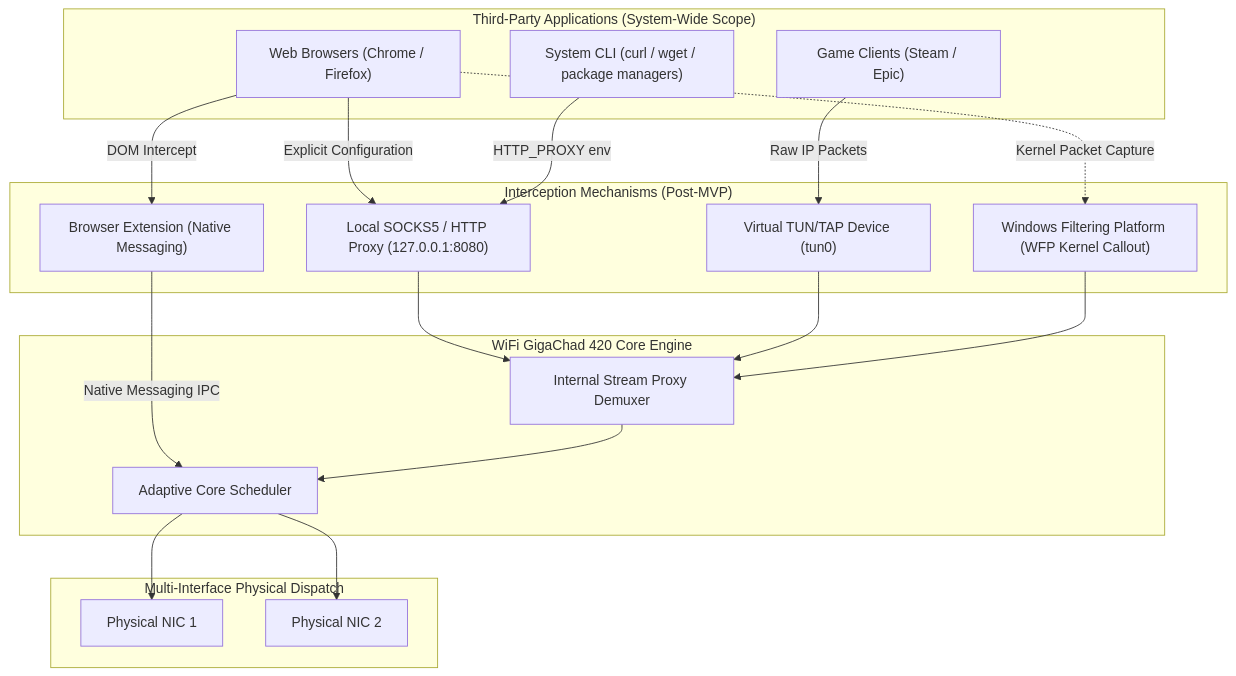
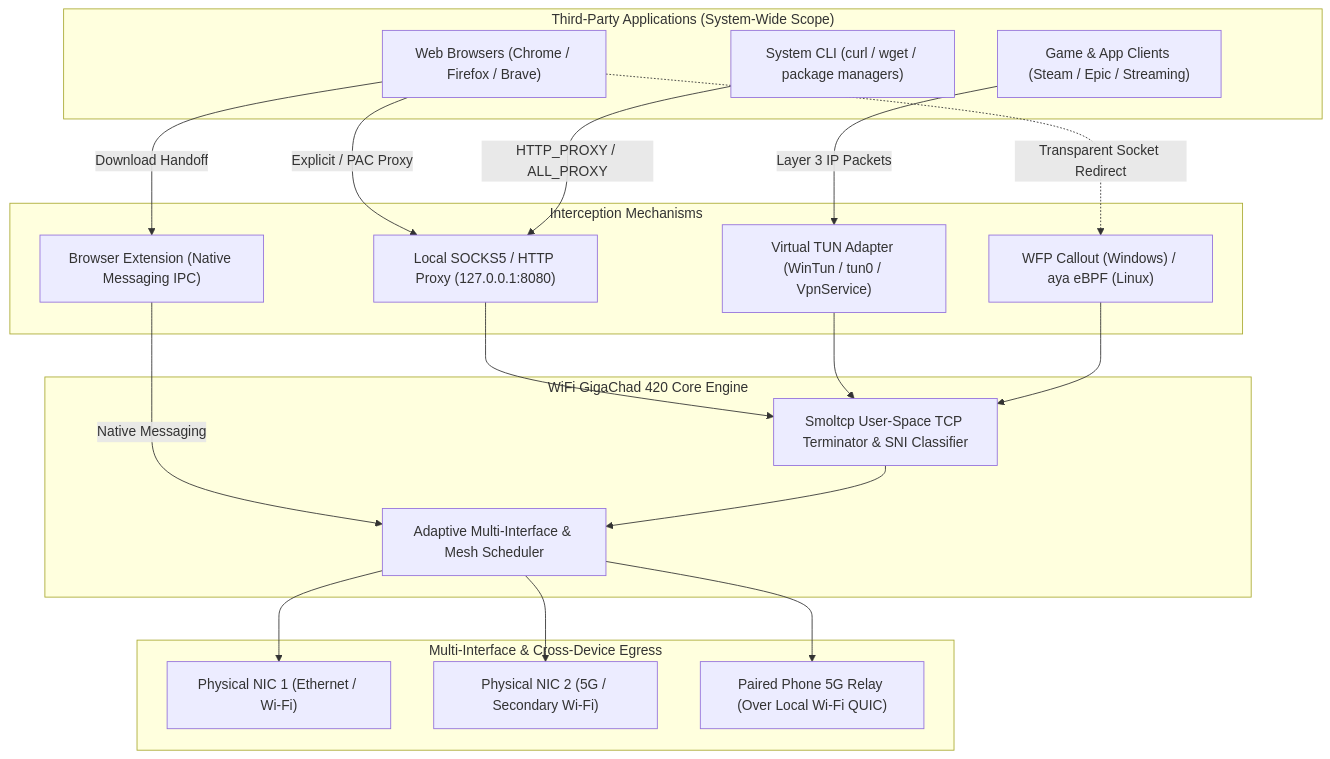
One commit to cubicreates/WifiGigaChad420 changed the eighth of 14 diagrams in Docs/WiFi_GigaChad_420_Plan.md. Above: the diagram before and after it, drawn with Mermaid. The commit also changed other lines of this file and 4 other files, not shown here.

````diff
--- a/Docs/WiFi_GigaChad_420_Plan.md
+++ b/Docs/WiFi_GigaChad_420_Plan.md
@@ -503,40 +551,42 @@
 ```mermaid
-graph TD
+flowchart TD
     subgraph ThirdPartyApps ["Third-Party Applications (System-Wide Scope)"]
-        Browser["Web Browsers (Chrome / Firefox)"]
-        GameLauncher["Game Clients (Steam / Epic)"]
+        Browser["Web Browsers (Chrome / Firefox / Brave)"]
+        GameLauncher["Game & App Clients (Steam / Epic / Streaming)"]
         SystemCLI["System CLI (curl / wget / package managers)"]
     end
 
-    subgraph Interception_Tier ["Interception Mechanisms (Post-MVP)"]
-        Ext["Browser Extension (Native Messaging)"]
+    subgraph Interception_Tier ["Interception Mechanisms"]
+        Ext["Browser Extension (Native Messaging IPC)"]
         LocalProxy["Local SOCKS5 / HTTP Proxy (127.0.0.1:8080)"]
-        TUN_Device["Virtual TUN/TAP Device (tun0)"]
-        WFP_Callout["Windows Filtering Platform (WFP Kernel Callout)"]
+        TUN_Device["Virtual TUN Adapter (WinTun / tun0 / VpnService)"]
+        Kernel_Hook["WFP Callout (Windows) / aya eBPF (Linux)"]
     end
 
     subgraph Engine_Ingest ["WiFi GigaChad 420 Core Engine"]
-        ProxyServer["Internal Stream Proxy Demuxer"]
-        CoreScheduler["Adaptive Core Scheduler"]
+        ProxyServer["Smoltcp User-Space TCP Terminator & SNI Classifier"]
+        CoreScheduler["Adaptive Multi-Interface & Mesh Scheduler"]
     end
 
-    subgraph Physical_Egress ["Multi-Interface Physical Dispatch"]
-        NIC1["Physical NIC 1"]
-        NIC2["Physical NIC 2"]
+    subgraph Physical_Egress ["Multi-Interface & Cross-Device Egress"]
+        NIC1["Physical NIC 1 (Ethernet / Wi-Fi)"]
+        NIC2["Physical NIC 2 (5G / Secondary Wi-Fi)"]
+        MeshNIC["Paired Phone 5G Relay (Over Local Wi-Fi QUIC)"]
     end
 
-    Browser -->|Explicit Configuration| LocalProxy
-    Browser -->|DOM Intercept| Ext
-    Ext -->|Native Messaging IPC| CoreScheduler
-    SystemCLI -->|HTTP_PROXY env| LocalProxy
-    GameLauncher -->|Raw IP Packets| TUN_Device
-    Browser -.->|Kernel Packet Capture| WFP_Callout
+    Browser -->|"Explicit / PAC Proxy"| LocalProxy
+    Browser -->|"Download Handoff"| Ext
+    Ext -->|"Native Messaging"| CoreScheduler
+    SystemCLI -->|"HTTP_PROXY / ALL_PROXY"| LocalProxy
+    GameLauncher -->|"Layer 3 IP Packets"| TUN_Device
+    Browser -.->|"Transparent Socket Redirect"| Kernel_Hook
 
     LocalProxy --> ProxyServer
     TUN_Device --> ProxyServer
-    WFP_Callout --> ProxyServer
+    Kernel_Hook --> ProxyServer
 
     ProxyServer --> CoreScheduler
     CoreScheduler --> NIC1
     CoreScheduler --> NIC2
+    CoreScheduler --> MeshNIC
 ```
````
